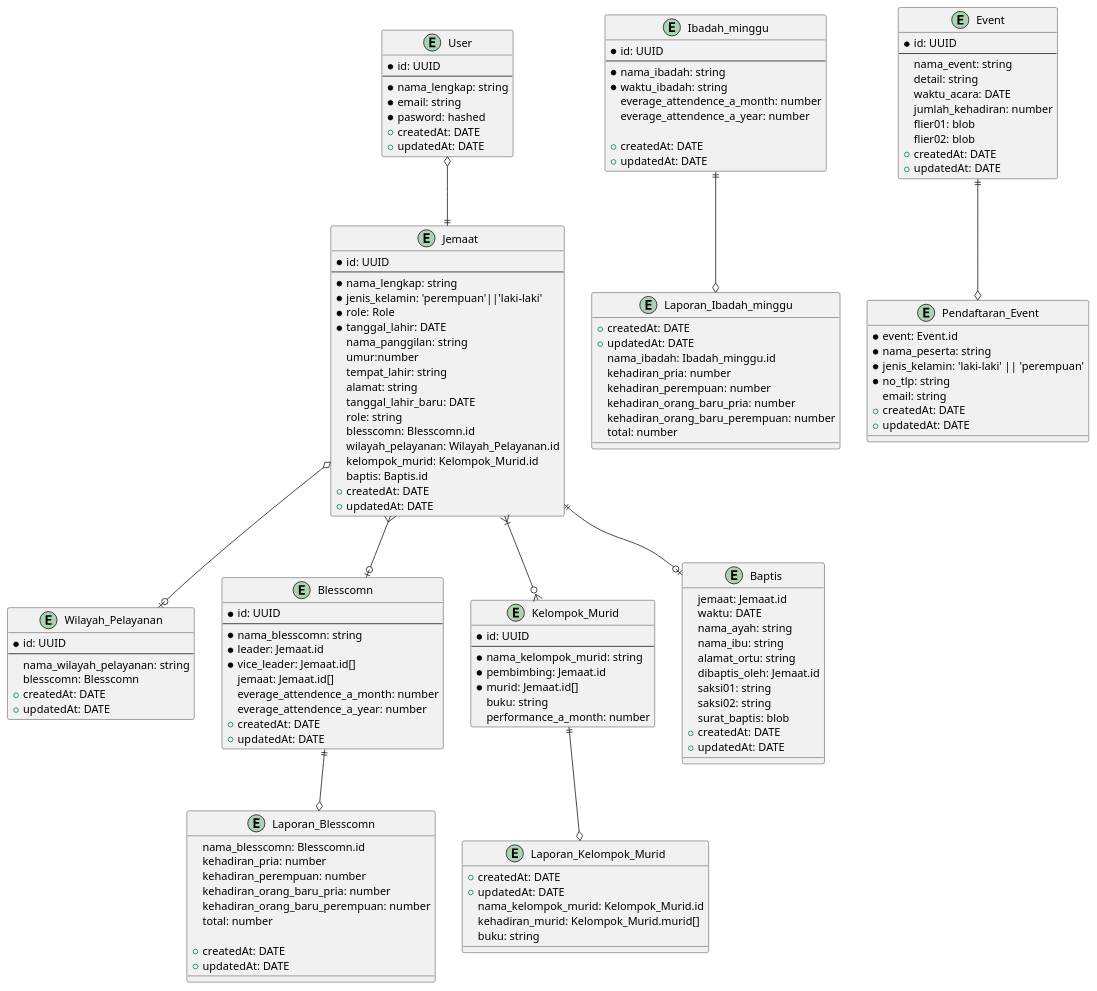
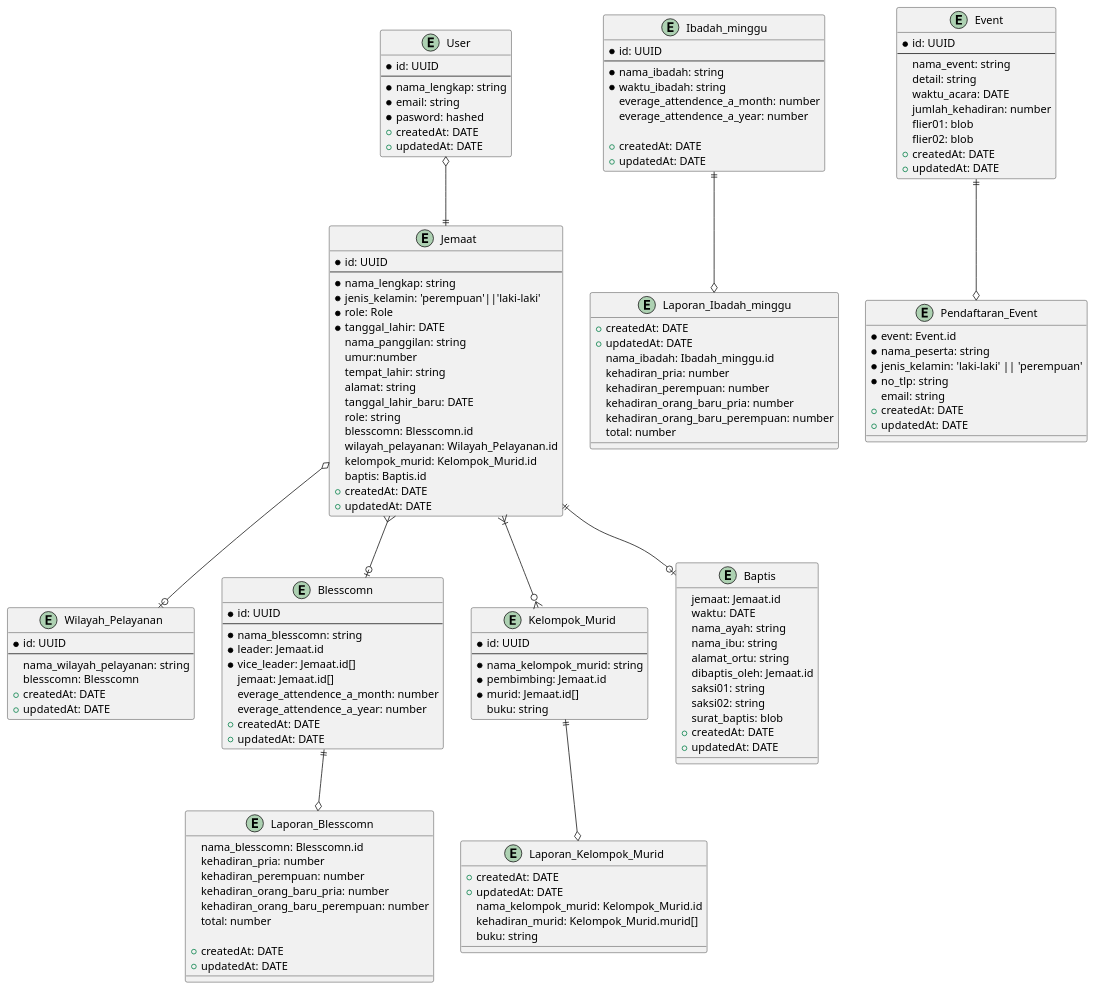
The diagram in erd.plantuml (soerjo/nestjs-crud-auth), drawn with PlantUML before and after one commit. The commit also changed 6 other files, not shown here.

```diff
--- a/erd.plantuml
+++ b/erd.plantuml
@@ -1,157 +1,156 @@
 @startuml GKKD-C
 entity User{
     * id: UUID
     --
     * nama_lengkap: string
     * email: string
     * pasword: hashed
     + createdAt: DATE
     + updatedAt: DATE
 }
 
 entity Jemaat{
     * id: UUID
     --
     * nama_lengkap: string
     * jenis_kelamin: 'perempuan'||'laki-laki'
     * role: Role
     * tanggal_lahir: DATE
     nama_panggilan: string
     umur:number
     tempat_lahir: string
     alamat: string
     tanggal_lahir_baru: DATE
     role: string
     blesscomn: Blesscomn.id
     wilayah_pelayanan: Wilayah_Pelayanan.id
     kelompok_murid: Kelompok_Murid.id
     baptis: Baptis.id
     + createdAt: DATE
     + updatedAt: DATE
 }
 
 entity Wilayah_Pelayanan{
     * id: UUID
     --
     nama_wilayah_pelayanan: string
     blesscomn: Blesscomn
     + createdAt: DATE
     + updatedAt: DATE
 }
 
 entity Blesscomn{
     * id: UUID
     --
     * nama_blesscomn: string
     * leader: Jemaat.id
     * vice_leader: Jemaat.id[]
     jemaat: Jemaat.id[]
     everage_attendence_a_month: number
     everage_attendence_a_year: number
     + createdAt: DATE
     + updatedAt: DATE
 }
 
 entity Laporan_Blesscomn{
     nama_blesscomn: Blesscomn.id
     kehadiran_pria: number
     kehadiran_perempuan: number
     kehadiran_orang_baru_pria: number
     kehadiran_orang_baru_perempuan: number
     total: number
 
     + createdAt: DATE
     + updatedAt: DATE
 }
 
 entity Ibadah_minggu{
     * id: UUID
     --
     * nama_ibadah: string
     * waktu_ibadah: string
     everage_attendence_a_month: number
     everage_attendence_a_year: number
 
     + createdAt: DATE
     + updatedAt: DATE
 }
 
 entity Laporan_Ibadah_minggu{
     + createdAt: DATE
     + updatedAt: DATE
     nama_ibadah: Ibadah_minggu.id
     kehadiran_pria: number
     kehadiran_perempuan: number
     kehadiran_orang_baru_pria: number
     kehadiran_orang_baru_perempuan: number
     total: number
 
 }
 
 entity Kelompok_Murid{
     * id: UUID
     --
     * nama_kelompok_murid: string
     * pembimbing: Jemaat.id
     * murid: Jemaat.id[]
     buku: string
-    performance_a_month: number
 }
 
 entity Laporan_Kelompok_Murid{
     + createdAt: DATE
     + updatedAt: DATE
     nama_kelompok_murid: Kelompok_Murid.id
     kehadiran_murid: Kelompok_Murid.murid[]
     buku: string
 }
 
 entity Event{
     * id: UUID
     --
     nama_event: string
     detail: string
     waktu_acara: DATE
     jumlah_kehadiran: number
     flier01: blob
     flier02: blob
     + createdAt: DATE
     + updatedAt: DATE
 }
 
 entity Pendaftaran_Event{
     * event: Event.id
     * nama_peserta: string
     * jenis_kelamin: 'laki-laki' || 'perempuan'
     * no_tlp: string
     email: string
     + createdAt: DATE
     + updatedAt: DATE  
 }
 
 entity Baptis{
     jemaat: Jemaat.id
     waktu: DATE
     nama_ayah: string
     nama_ibu: string
     alamat_ortu: string
     dibaptis_oleh: Jemaat.id
     saksi01: string
     saksi02: string
     surat_baptis: blob
     + createdAt: DATE
     + updatedAt: DATE
 }
 
 User o--|| Jemaat
 Jemaat }--o| Blesscomn
 Jemaat ||--o| Baptis
 Jemaat }|--o{ Kelompok_Murid
 Jemaat o--o| Wilayah_Pelayanan
 
 Blesscomn ||--o Laporan_Blesscomn
 Kelompok_Murid ||--o Laporan_Kelompok_Murid
 
 Ibadah_minggu ||--o Laporan_Ibadah_minggu
 Event ||--o Pendaftaran_Event
 @enduml
```
